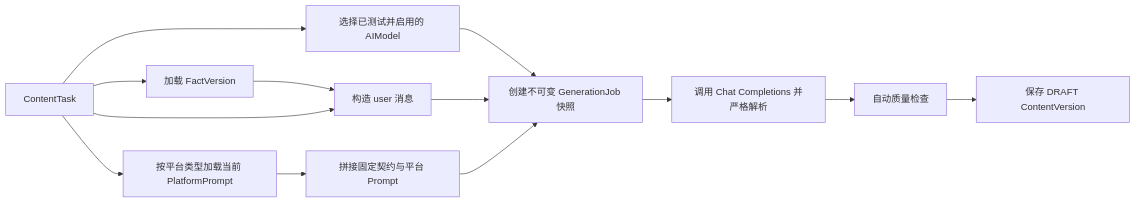
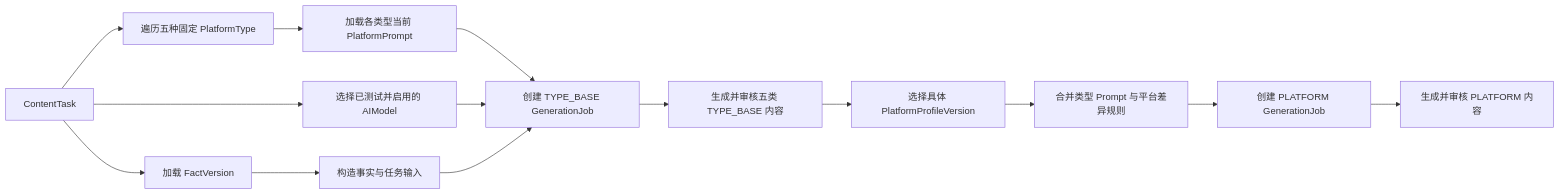
The third of 4 diagrams in docs/GEO多平台内容运营系统方案设计.md (ccisnoxx/partsignal), drawn with Mermaid before and after one commit. The commit also changed other lines of this file and 241 other files, not shown here.

````diff
--- a/docs/GEO多平台内容运营系统方案设计.md
+++ b/docs/GEO多平台内容运营系统方案设计.md
@@ -437,15 +473,16 @@
 ```mermaid
 flowchart LR
     A[ContentTask] --> B[加载 FactVersion]
-    A --> C[按平台类型加载当前 PlatformPrompt]
-    A --> D[选择已测试并启用的 AIModel]
-    B --> E[构造 user 消息]
-    A --> E
-    C --> F[拼接固定契约与平台 Prompt]
-    D --> G[创建不可变 GenerationJob 快照]
+    A --> C[遍历五种固定 PlatformType]
+    C --> D[加载各类型当前 PlatformPrompt]
+    A --> E[选择已测试并启用的 AIModel]
+    B --> F[构造事实与任务输入]
+    D --> G[创建 TYPE_BASE GenerationJob]
     E --> G
     F --> G
-    G --> H[调用 Chat Completions 并严格解析]
-    H --> I[自动质量检查]
-    I --> J[保存 DRAFT ContentVersion]
+    G --> H[生成并审核五类 TYPE_BASE 内容]
+    H --> I[选择具体 PlatformProfileVersion]
+    I --> J[合并类型 Prompt 与平台差异规则]
+    J --> K[创建 PLATFORM GenerationJob]
+    K --> L[生成并审核 PLATFORM 内容]
 ```
````
